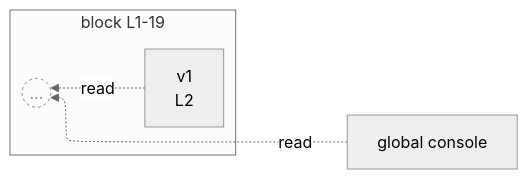
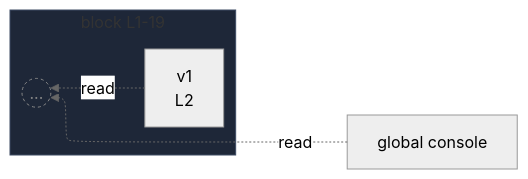
The diagram in integration/fixtures/app-behavior/depth/block/depth-1/preview.md (crescware/unsnarl), drawn with Mermaid (neutral theme) before and after one commit. The commit also changed 249 other files, not shown here.

First line of the commit message:
Color Mermaid subgraphs by nesting depth via theme palette

````diff
--- a/integration/fixtures/app-behavior/depth/block/depth-1/preview.md
+++ b/integration/fixtures/app-behavior/depth/block/depth-1/preview.md
@@ -35,14 +35,16 @@
 ```mermaid
 %%{init: {"flowchart": {"defaultRenderer": "elk"}}}%%
 flowchart RL
   n_scope_0_console_185["global console"]
   subgraph s_scope_1["block L1-19"]
     direction RL
     n_scope_1_v1_10["v1<br/>L2"]
     beyond_depth_s_scope_1((...))
   end
   n_scope_1_v1_10 -.->|read| beyond_depth_s_scope_1
   n_scope_0_console_185 -.->|read| beyond_depth_s_scope_1
   classDef boundaryStub fill:transparent,stroke:#888,stroke-dasharray:3 3,color:#888;
   class beyond_depth_s_scope_1 boundaryStub;
+  classDef nestL1 fill:#1e2738,stroke:#3d4a63;
+  class s_scope_1 nestL1;
 ```
````
